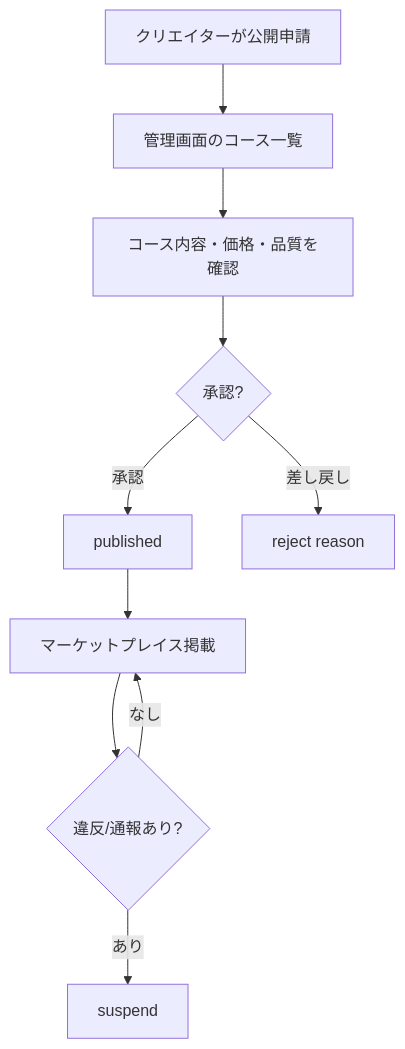
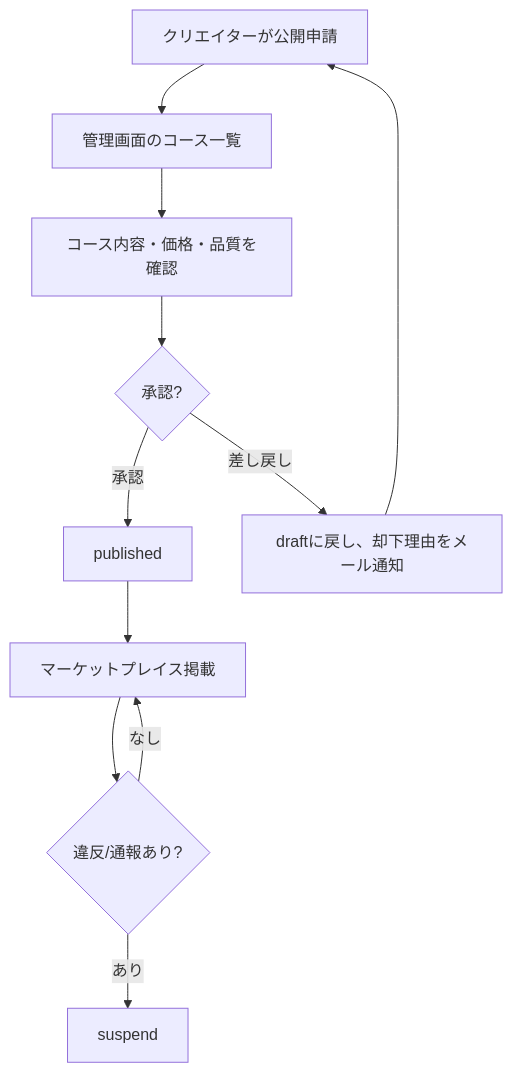
One commit to Kazy1230/OshiEnglish changed diagram 12 of 18 in docs/設計書/ManaVillage_サービスフロー整理.md. Above: the diagram before and after it, drawn with Mermaid. The commit also changed other lines of this file and 22 other files, not shown here.

````diff
--- a/docs/設計書/ManaVillage_サービスフロー整理.md
+++ b/docs/設計書/ManaVillage_サービスフロー整理.md
@@ -286,12 +288,13 @@
 ```mermaid
 flowchart TD
   A["クリエイターが公開申請"] --> B["管理画面のコース一覧"]
   B --> C["コース内容・価格・品質を確認"]
   C --> D{"承認?"}
   D -- "承認" --> E["published"]
-  D -- "差し戻し" --> F["reject reason"]
+  D -- "差し戻し" --> F["draftに戻し、却下理由をメール通知"]
+  F --> A
   E --> G["マーケットプレイス掲載"]
   G --> H{"違反/通報あり?"}
   H -- "あり" --> I["suspend"]
   H -- "なし" --> G
 ```
````
